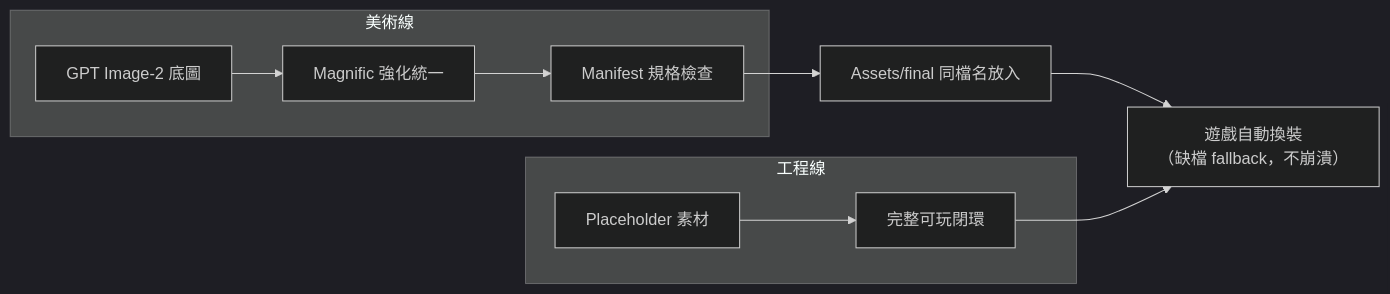
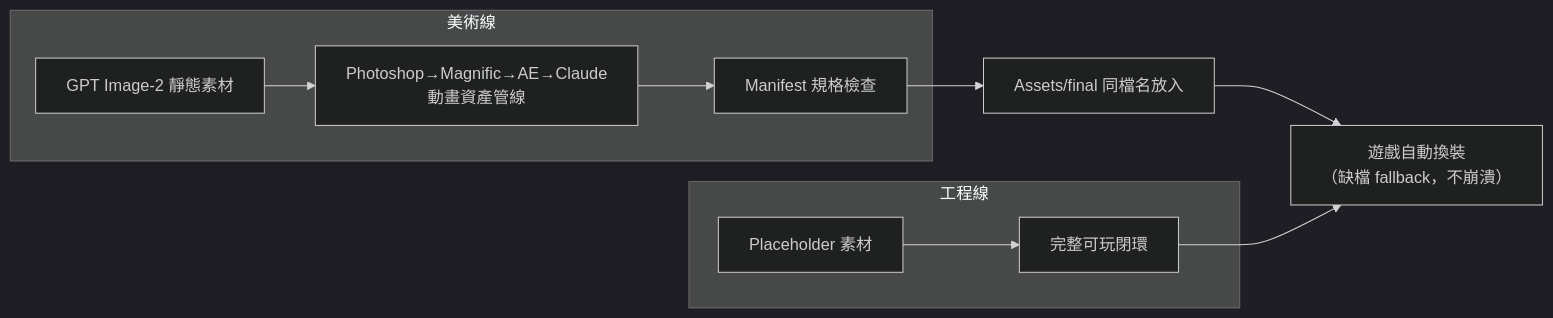
Before and after one commit to testBP0612/CrushGameDemo: the third of 3 diagrams in Planning/10_PPT_AI_WORKFLOW.md, drawn with Mermaid (dark theme). The commit also changed other lines of this file and 18 other files, not shown here.

````diff
--- a/Planning/10_PPT_AI_WORKFLOW.md
+++ b/Planning/10_PPT_AI_WORKFLOW.md
@@ -105,13 +109,13 @@
 ```mermaid
 flowchart LR
     subgraph 工程線
         A["Placeholder 素材"] --> B["完整可玩閉環"]
     end
     subgraph 美術線
-        C["GPT Image-2 底圖"] --> D["Magnific 強化統一"]
+        C["GPT Image-2 靜態素材"] --> D["Photoshop→Magnific→AE→Claude<br/>動畫資產管線"]
         D --> E["Manifest 規格檢查"]
     end
     E --> F["Assets/final 同檔名放入"]
     F --> G["遊戲自動換裝<br/>（缺檔 fallback，不崩潰）"]
     B --> G
 ```
````
